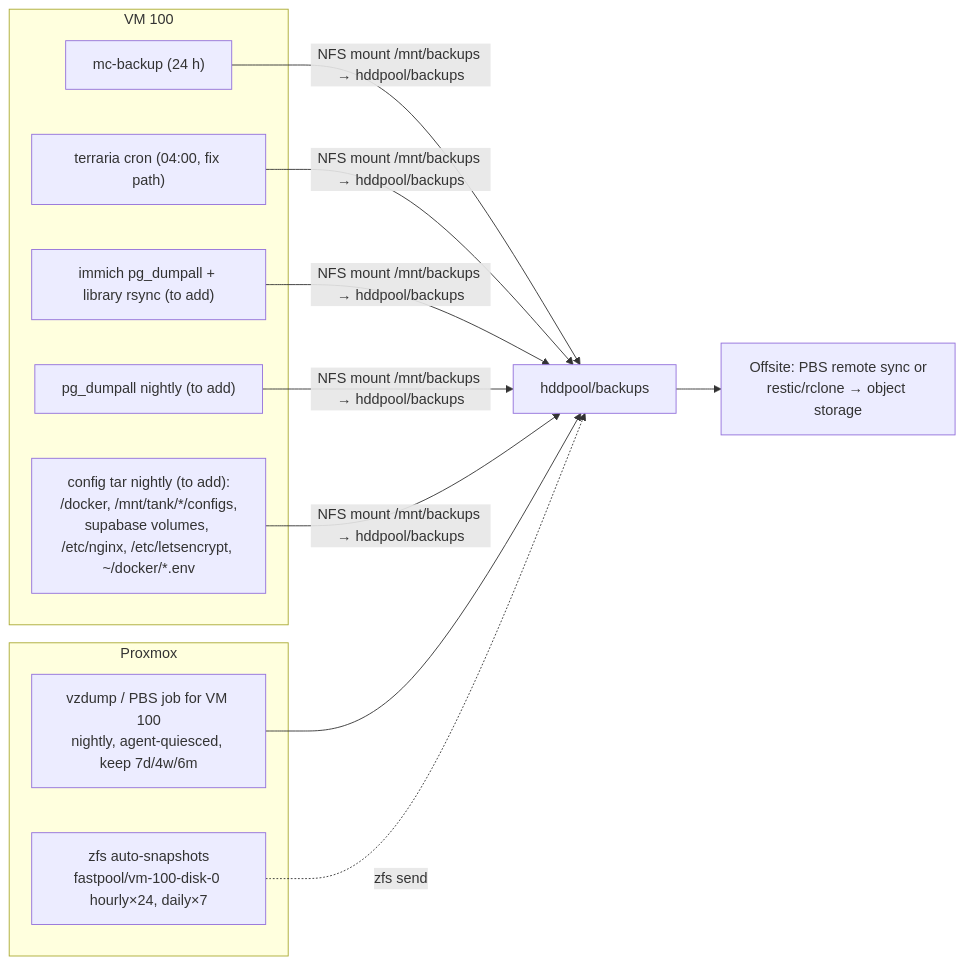
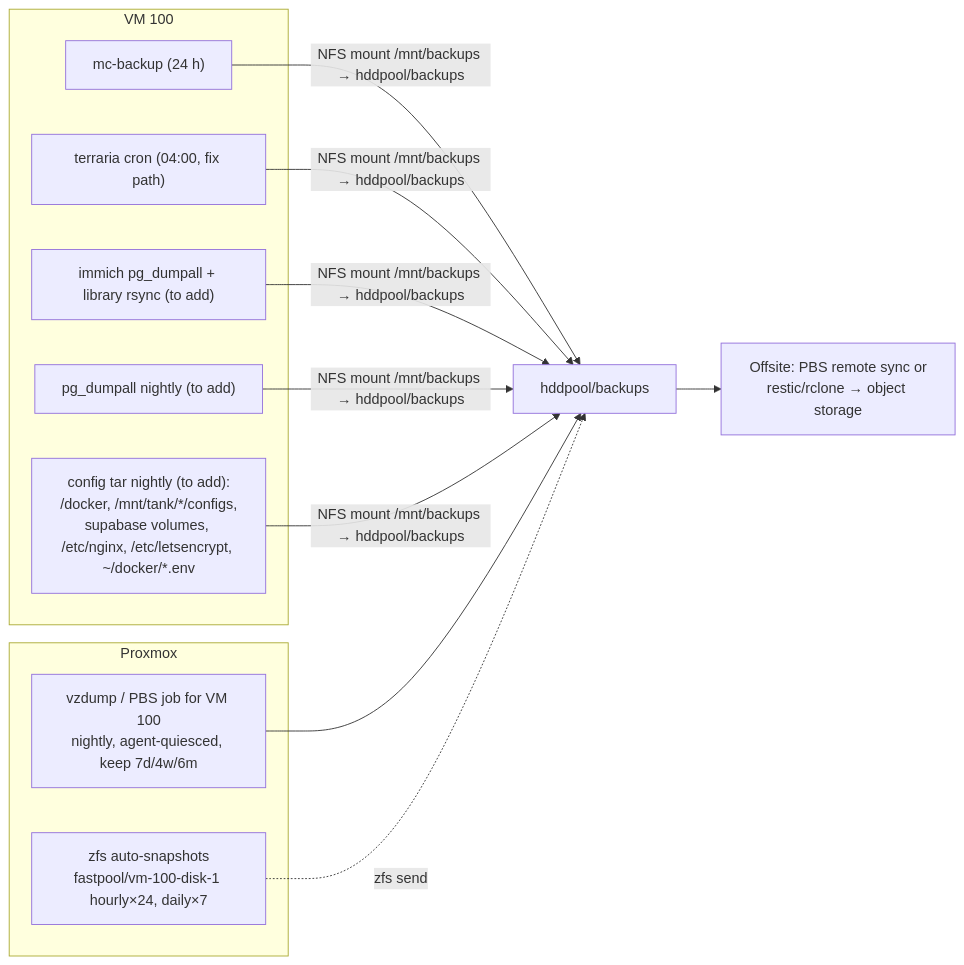
One commit to BigBoiToasty/homelab-docs changed the diagram in runbooks/disaster-recovery.md. Above: the diagram before and after it, drawn with Mermaid. The commit also changed other lines of this file and 7 other files, not shown here.

````diff
--- a/runbooks/disaster-recovery.md
+++ b/runbooks/disaster-recovery.md
@@ -205,21 +207,21 @@
 ```mermaid
 flowchart LR
     subgraph GUEST["VM 100"]
         MC["mc-backup (24 h)"]
         TC["terraria cron (04:00, fix path)"]
         IM["immich pg_dumpall + library rsync (to add)"]
         PG["pg_dumpall nightly (to add)"]
         CFG["config tar nightly (to add):<br/>/docker, /mnt/tank/*/configs,<br/>supabase volumes, /etc/nginx, /etc/letsencrypt, ~/docker/*.env"]
     end
     subgraph PVE["Proxmox"]
         VZ["vzdump / PBS job for VM 100<br/>nightly, agent-quiesced, keep 7d/4w/6m"]
-        SNAP["zfs auto-snapshots<br/>fastpool/vm-100-disk-0 hourly×24, daily×7"]
+        SNAP["zfs auto-snapshots<br/>fastpool/vm-100-disk-1 hourly×24, daily×7"]
     end
     HDD["hddpool/backups"]
     OFF["Offsite: PBS remote sync or<br/>restic/rclone → object storage"]
 
     MC & TC & IM & PG & CFG -->|"NFS mount /mnt/backups → hddpool/backups"| HDD
     VZ --> HDD
     SNAP -. "zfs send" .-> HDD
     HDD --> OFF
 ```
````
